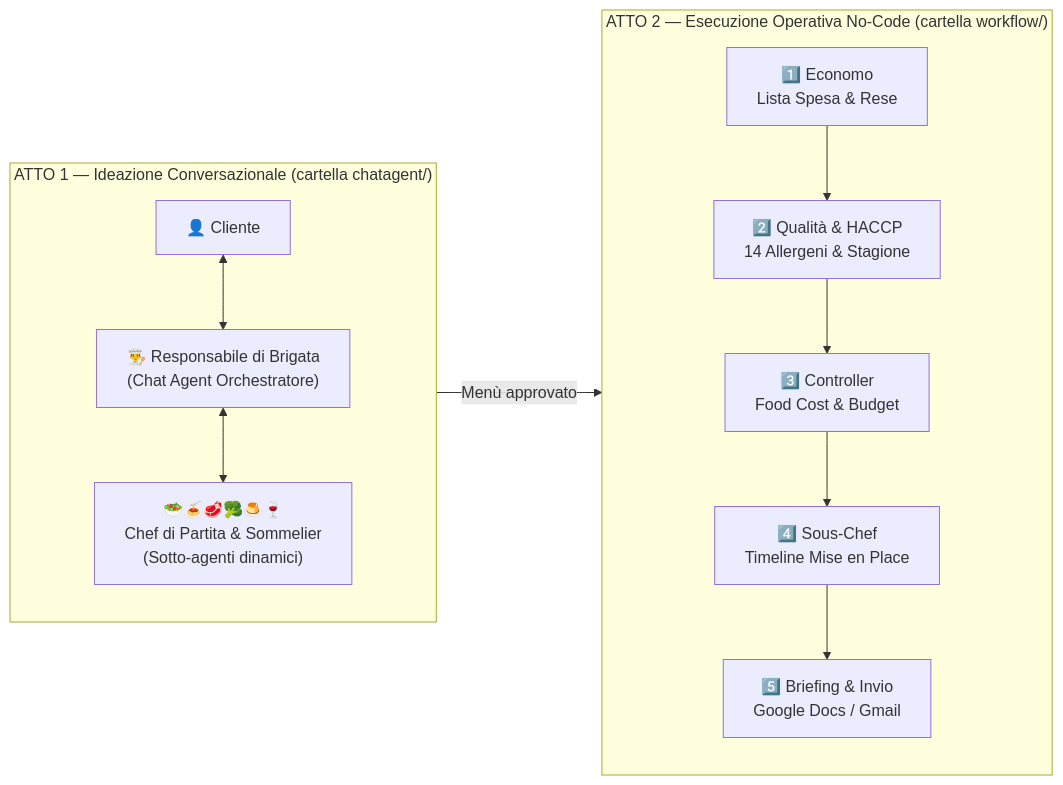
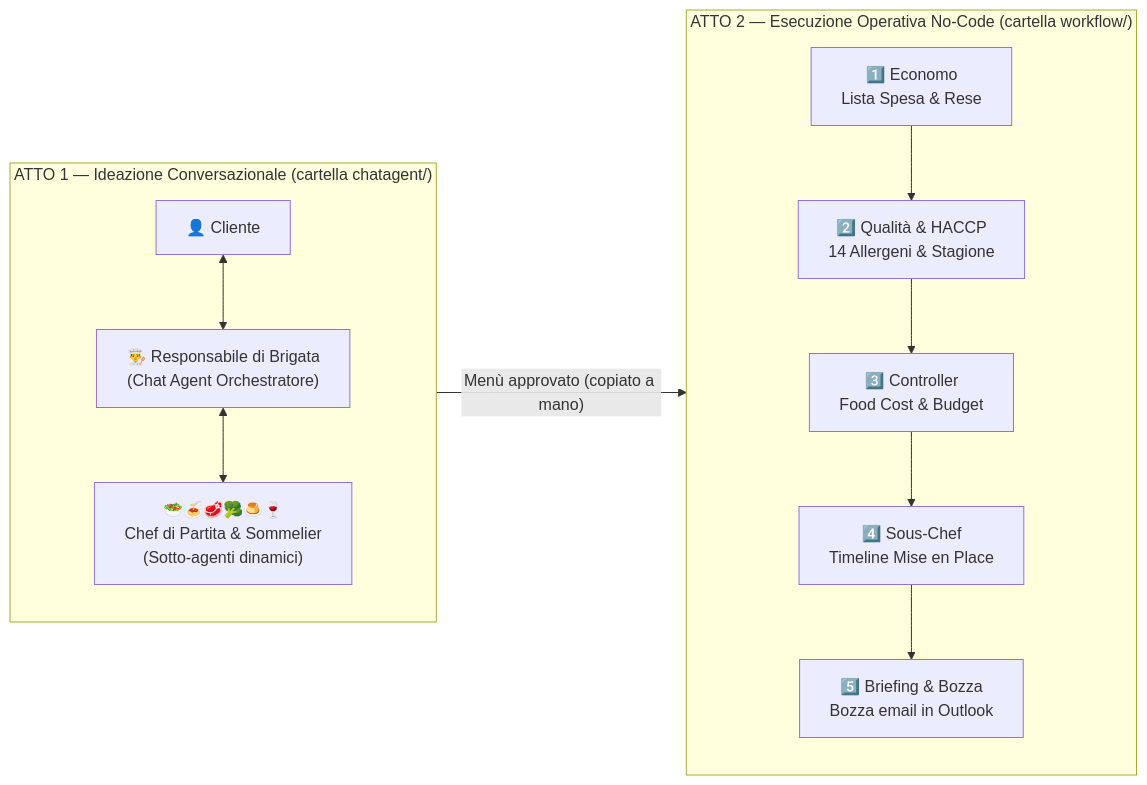
Before and after one commit to labs-ennova-research/ge-demo-brigata: the diagram in README.md, drawn with Mermaid. The commit also changed other lines of this file, not shown here.

````diff
--- a/README.md
+++ b/README.md
@@ -16,16 +16,16 @@
 ```mermaid
 flowchart LR
     subgraph P1["ATTO 1 — Ideazione Conversazionale (cartella chatagent/)"]
         U["👤 Cliente"] <--> O["👨‍🍳 Responsabile di Brigata\n(Chat Agent Orchestratore)"]
         O <--> C1["🥗🍝🥩🥦🍮🍷\nChef di Partita & Sommelier\n(Sotto-agenti dinamici)"]
     end
 
     subgraph P2["ATTO 2 — Esecuzione Operativa No-Code (cartella workflow/)"]
         S1["1️⃣ Economo\nLista Spesa & Rese"] --> S2["2️⃣ Qualità & HACCP\n14 Allergeni & Stagione"]
         S2 --> S3["3️⃣ Controller\nFood Cost & Budget"]
         S3 --> S4["4️⃣ Sous-Chef\nTimeline Mise en Place"]
-        S4 --> S5["5️⃣ Briefing & Invio\nGoogle Docs / Gmail"]
+        S4 --> S5["5️⃣ Briefing & Bozza\nBozza email in Outlook"]
     end
 
-    P1 -- "Menù approvato" --> P2
+    P1 -- "Menù approvato (copiato a mano)" --> P2
 ```
````
